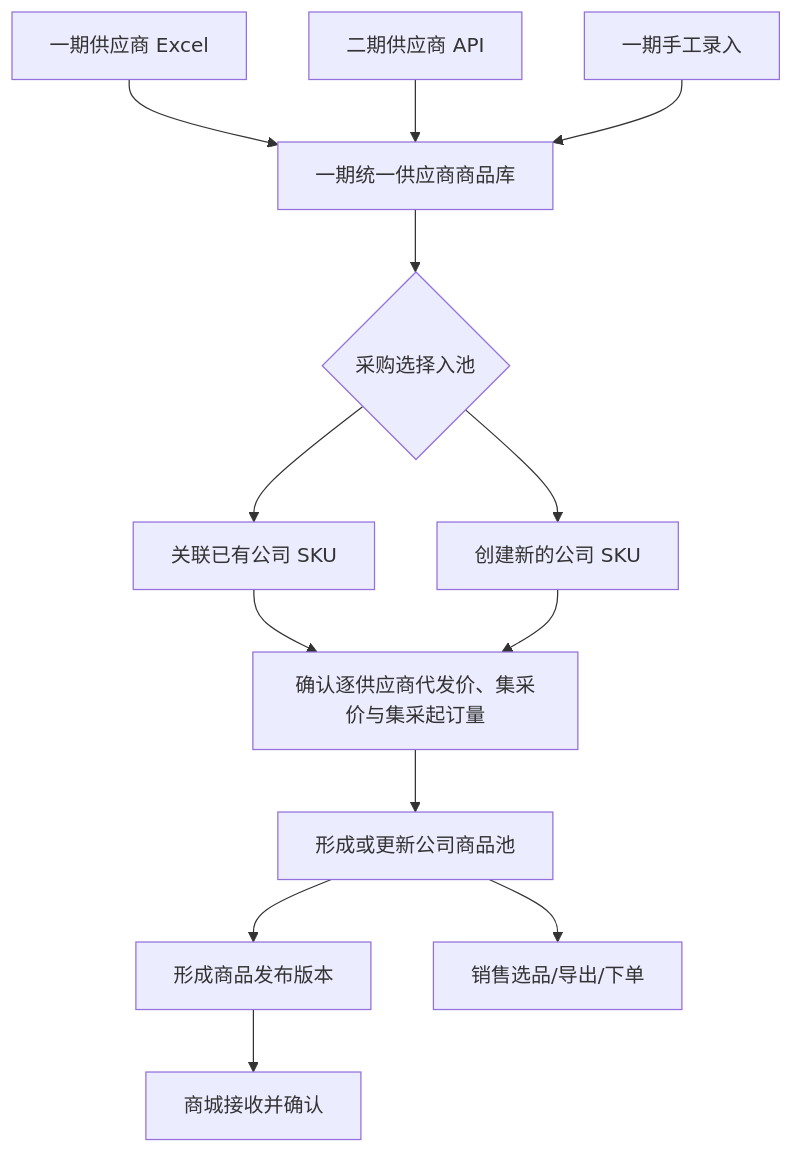
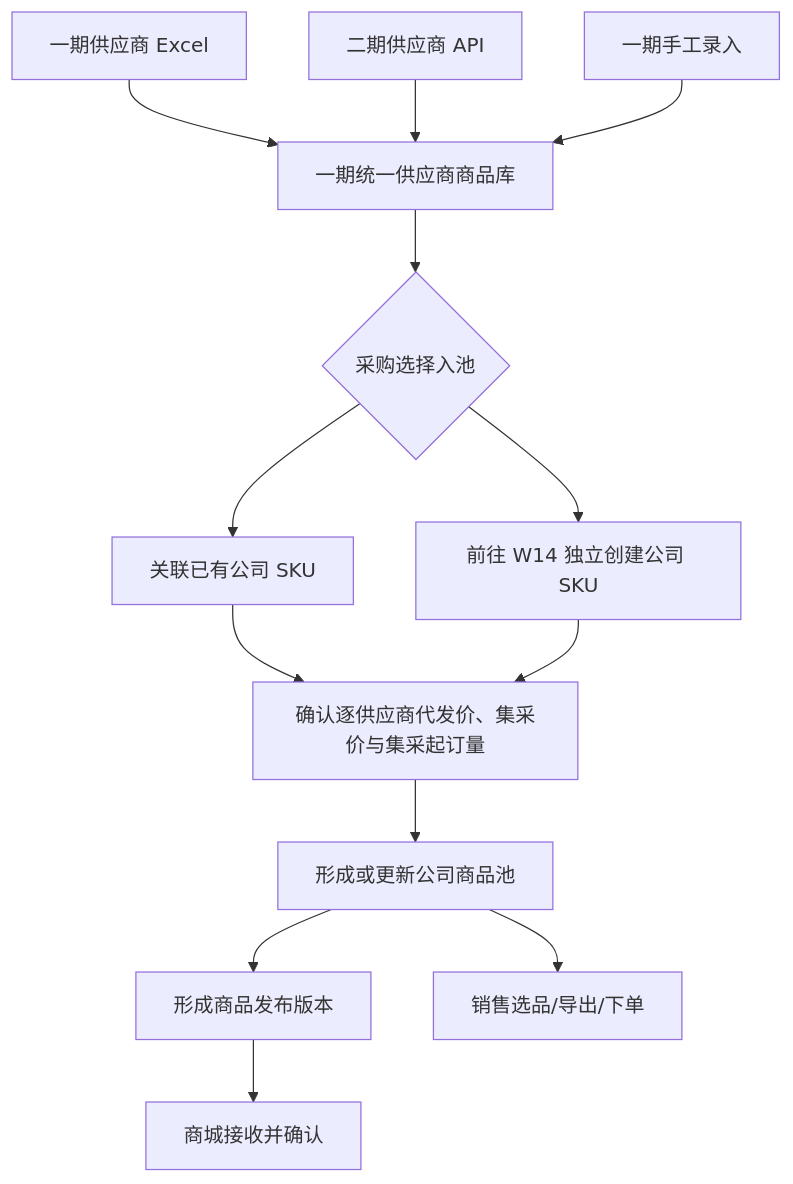
Before and after one commit to mztlive/erp: the second of 5 diagrams in docs/erp-phase-2.md, drawn with Mermaid. The commit also changed other lines of this file and 7 other files, not shown here.

````diff
--- a/docs/erp-phase-2.md
+++ b/docs/erp-phase-2.md
@@ -312,28 +312,28 @@
 ```mermaid
 flowchart TD
   Excel[一期供应商 Excel]
   Api[二期供应商 API]
   Manual[一期手工录入]
   Catalog[一期统一供应商商品库]
   Review{采购选择入池}
   Existing[关联已有公司 SKU]
-  New[创建新的公司 SKU]
+  New[前往 W14 独立创建公司 SKU]
   Supply[确认逐供应商代发价、集采价与集采起订量]
   Pool[形成或更新公司商品池]
   Publish[形成商品发布版本]
   Sales[销售选品/导出/下单]
   Mall[商城接收并确认]
 
   Excel --> Catalog
   Api --> Catalog
   Manual --> Catalog
   Catalog --> Review
   Review --> Existing
   Review --> New
   Existing --> Supply
   New --> Supply
   Supply --> Pool
   Pool --> Sales
   Pool --> Publish
   Publish --> Mall
 ```
````
